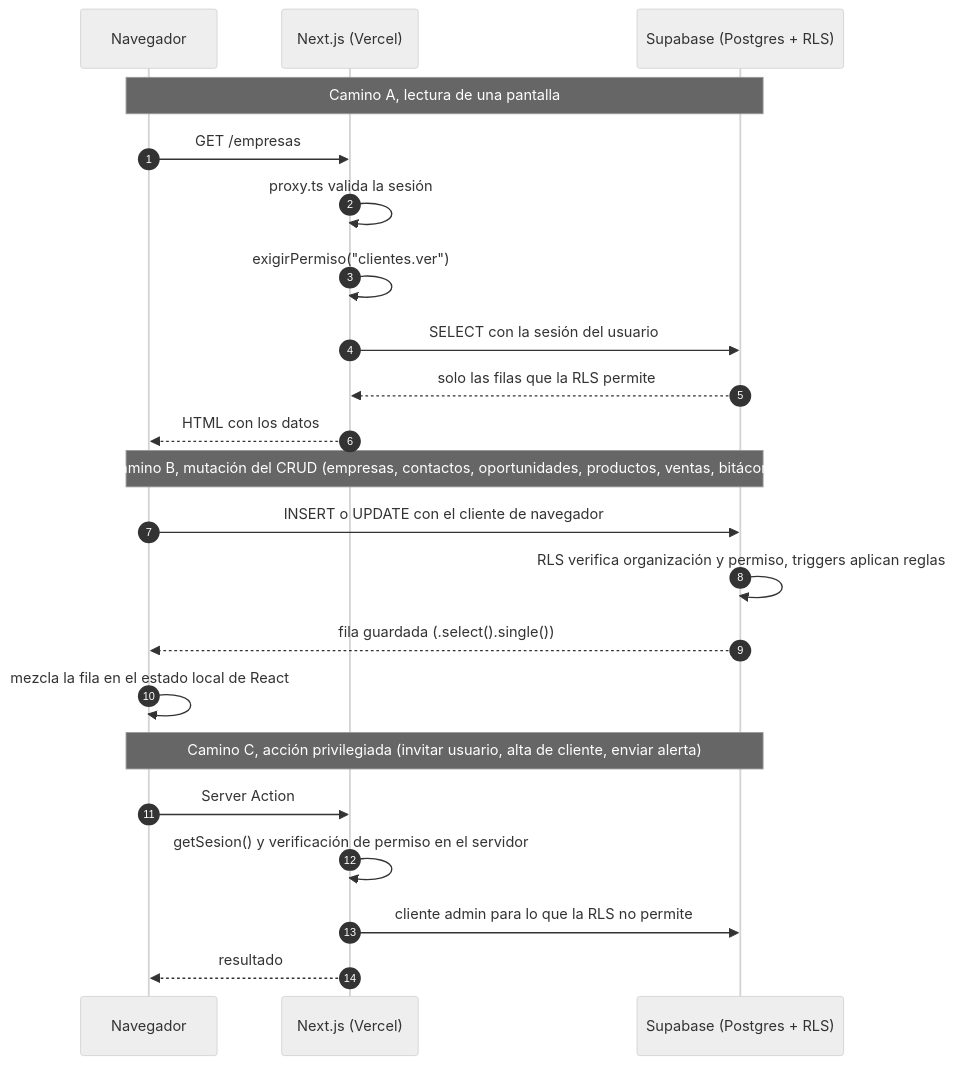
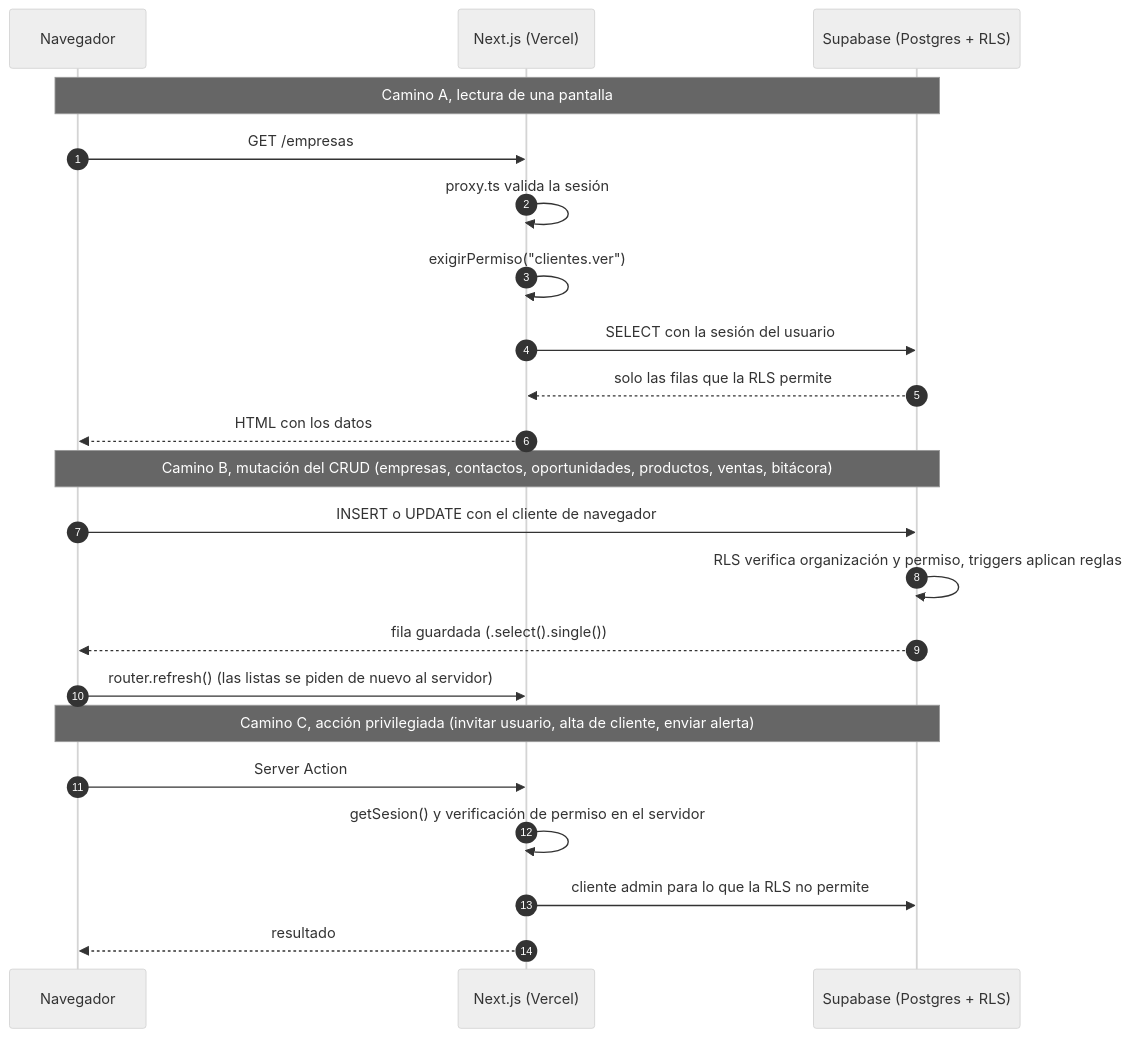
Before and after one commit to TBalles/CRM_GADS1: the second of 6 diagrams in docs/arquitectura.md, drawn with Mermaid (neutral theme). The commit also changed other lines of this file and 25 other files, not shown here.

First line of the commit message:
feat(listas): busqueda, filtros y paginacion en el servidor con la URL como estado

````diff
--- a/docs/arquitectura.md
+++ b/docs/arquitectura.md
@@ -80,27 +81,27 @@
 ```mermaid
 sequenceDiagram
     autonumber
     participant B as Navegador
     participant V as Next.js (Vercel)
     participant S as Supabase (Postgres + RLS)
 
     Note over B,S: Camino A, lectura de una pantalla
     B->>V: GET /empresas
     V->>V: proxy.ts valida la sesión
     V->>V: exigirPermiso("clientes.ver")
     V->>S: SELECT con la sesión del usuario
     S-->>V: solo las filas que la RLS permite
     V-->>B: HTML con los datos
 
     Note over B,S: Camino B, mutación del CRUD (empresas, contactos, oportunidades, productos, ventas, bitácora)
     B->>S: INSERT o UPDATE con el cliente de navegador
     S->>S: RLS verifica organización y permiso, triggers aplican reglas
     S-->>B: fila guardada (.select().single())
-    B->>B: mezcla la fila en el estado local de React
+    B->>V: router.refresh() (las listas se piden de nuevo al servidor)
 
     Note over B,S: Camino C, acción privilegiada (invitar usuario, alta de cliente, enviar alerta)
     B->>V: Server Action
     V->>V: getSesion() y verificación de permiso en el servidor
     V->>S: cliente admin para lo que la RLS no permite
     V-->>B: resultado
 ```
````
